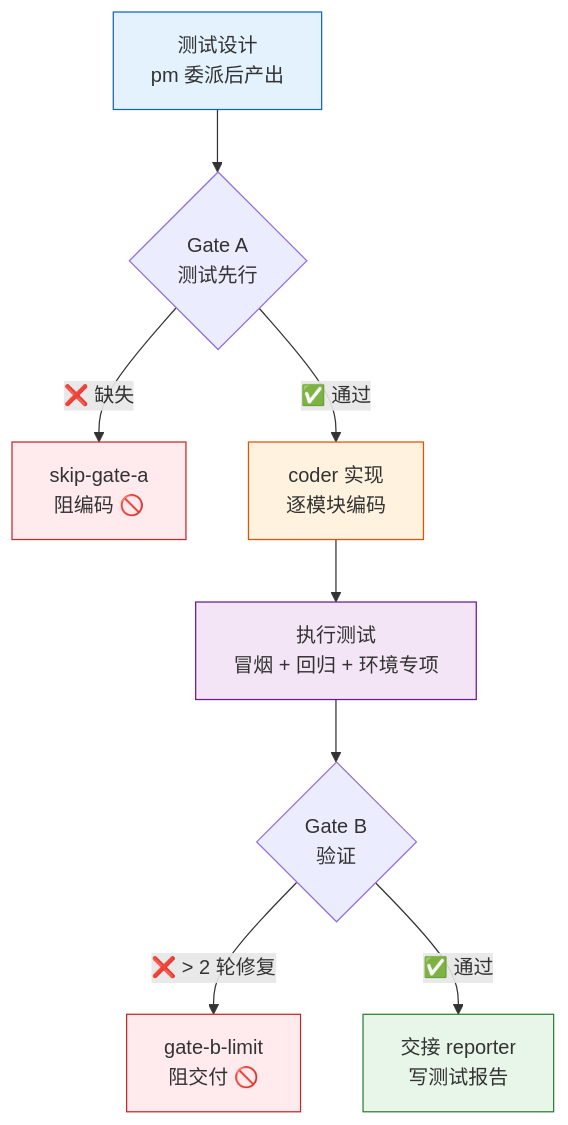
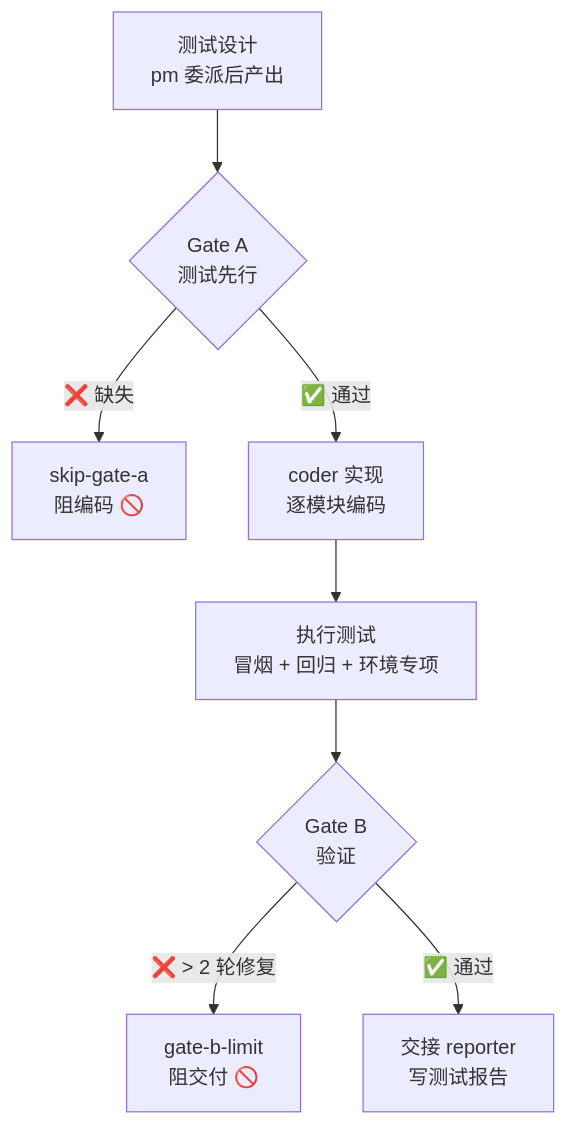
One commit to effiy/YrY changed the first of 7 diagrams in agents/tester.md. Above: the diagram before and after it, drawn with Mermaid. The commit also changed other lines of this file and 9 other files, not shown here.

````diff
--- a/agents/tester.md
+++ b/agents/tester.md
@@ -18,16 +18,11 @@
 ```mermaid
 flowchart TB
     DOC["测试设计<br/>pm 委派后产出"]:::doc --> GA{"Gate A<br/>测试先行"}
     GA -->|"❌ 缺失"| X1["skip-gate-a<br/>阻编码 🚫"]:::block
     GA -->|"✅ 通过"| CODE["coder 实现<br/>逐模块编码"]:::impl
     CODE --> RUN["执行测试<br/>冒烟 + 回归 + 环境专项"]:::run
     RUN --> GB{"Gate B<br/>验证"}
     GB -->|"❌ > 2 轮修复"| X2["gate-b-limit<br/>阻交付 🚫"]:::block
     GB -->|"✅ 通过"| DONE["交接 reporter<br/>写测试报告"]:::done
 
-    classDef doc fill:#e3f2fd,stroke:#1565c0;
-    classDef block fill:#ffebee,stroke:#c62828;
-    classDef impl fill:#fff3e0,stroke:#e65100;
-    classDef run fill:#f3e5f5,stroke:#6a1b9a;
-    classDef done fill:#e8f5e9,stroke:#2e7d32;
 ```
````
